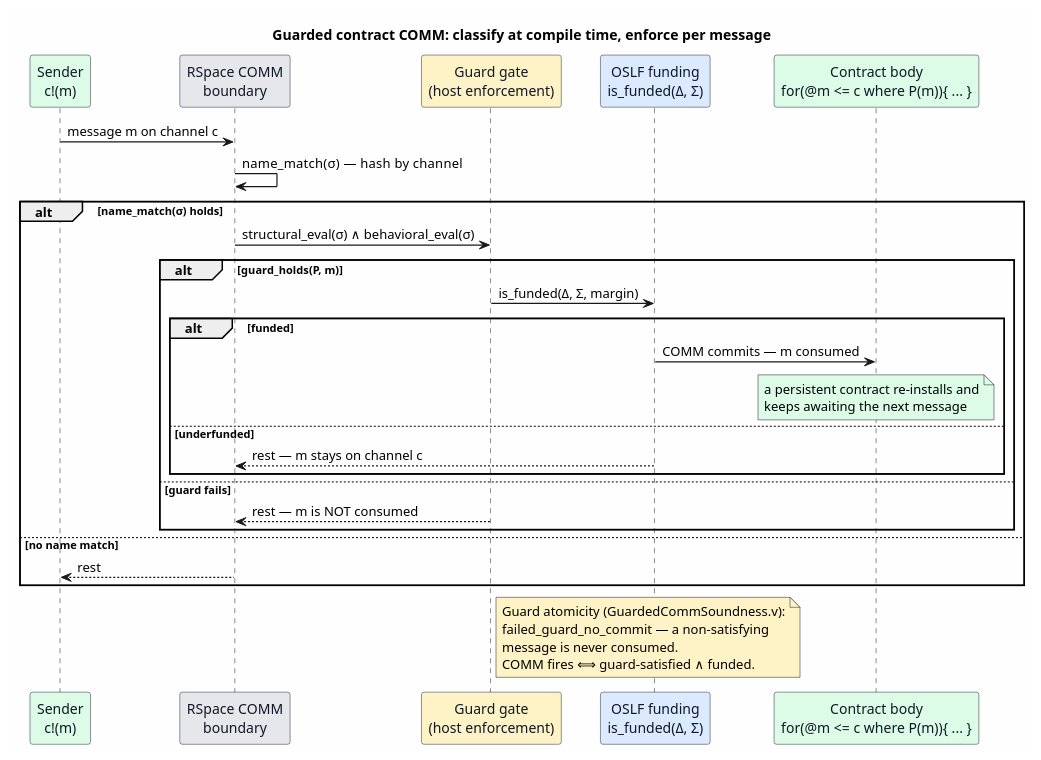
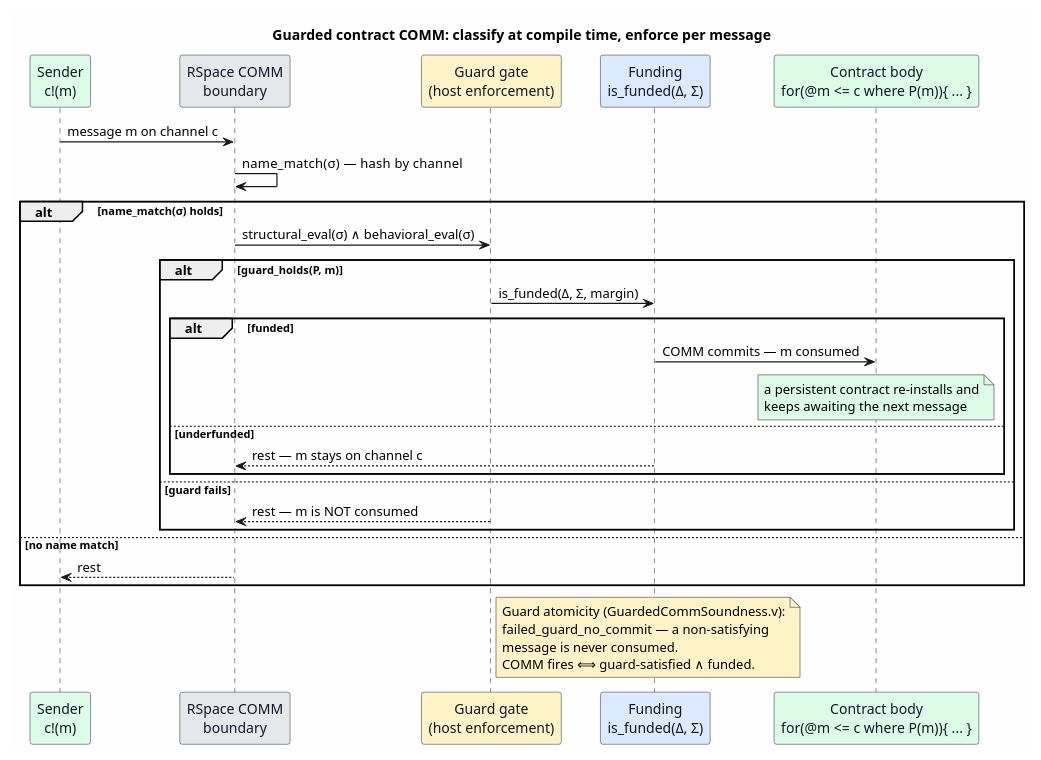
Before and after one commit to F1R3FLY-io/mettail-rust: the diagram in docs/architecture/semantic-predicates/figures/16-guarded-contract-comm.puml, drawn with PlantUML. The commit also changed 90 other files, not shown here.

```diff
--- a/docs/architecture/semantic-predicates/figures/16-guarded-contract-comm.puml
+++ b/docs/architecture/semantic-predicates/figures/16-guarded-contract-comm.puml
@@ -1,44 +1,44 @@
 @startuml
 title Guarded contract COMM: classify at compile time, enforce per message
 
 skinparam backgroundColor #FEFEFE
 skinparam shadowing false
 skinparam sequenceArrowThickness 1.2
 skinparam ParticipantBorderColor #1F2937
 skinparam ParticipantFontColor #111827
 
 participant "Sender\nc!(m)" as S #DCFCE7
 participant "RSpace COMM\nboundary" as R #E5E7EB
 participant "Guard gate\n(host enforcement)" as G #FEF3C7
-participant "OSLF funding\nis_funded(Δ, Σ)" as O #DBEAFE
+participant "Funding\nis_funded(Δ, Σ)" as O #DBEAFE
 participant "Contract body\nfor(@m <= c where P(m)){ ... }" as C #DCFCE7
 
 S -> R : message m on channel c
 R -> R : name_match(σ)  —  hash by channel
 alt name_match(σ) holds
   R -> G : structural_eval(σ) ∧ behavioral_eval(σ)
   alt guard_holds(P, m)
     G -> O : is_funded(Δ, Σ, margin)
     alt funded
       O -> C : COMM commits — m consumed
       note over C #DCFCE7
         a persistent contract re-installs and
         keeps awaiting the next message
       end note
     else underfunded
       O --> R : rest — m stays on channel c
     end
   else guard fails
     G --> R : rest — m is NOT consumed
   end
 else no name match
   R --> S : rest
 end
 
 note right of G #FEF3C7
   Guard atomicity (GuardedCommSoundness.v):
   failed_guard_no_commit — a non-satisfying
   message is never consumed.
   COMM fires ⟺ guard-satisfied ∧ funded.
 end note
 @enduml
```
